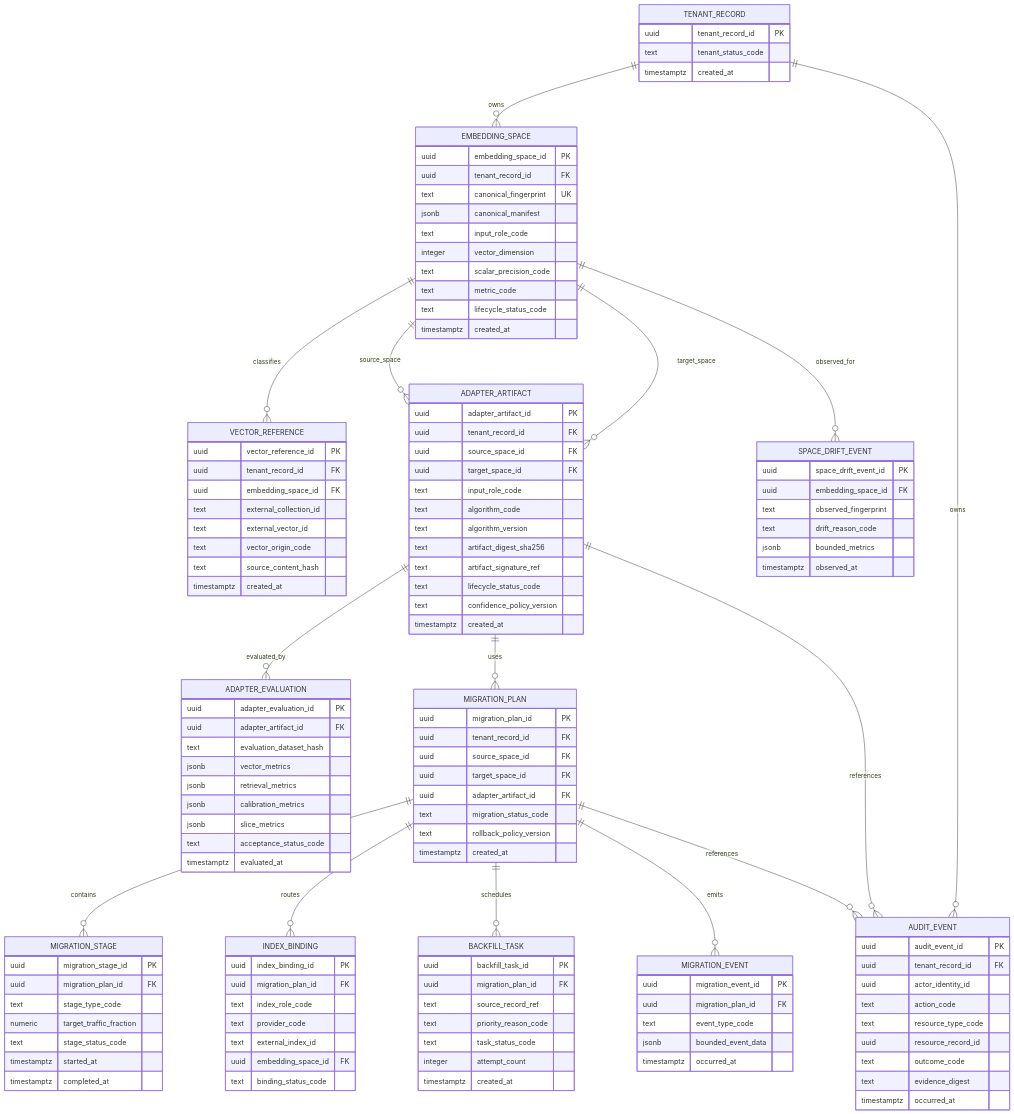
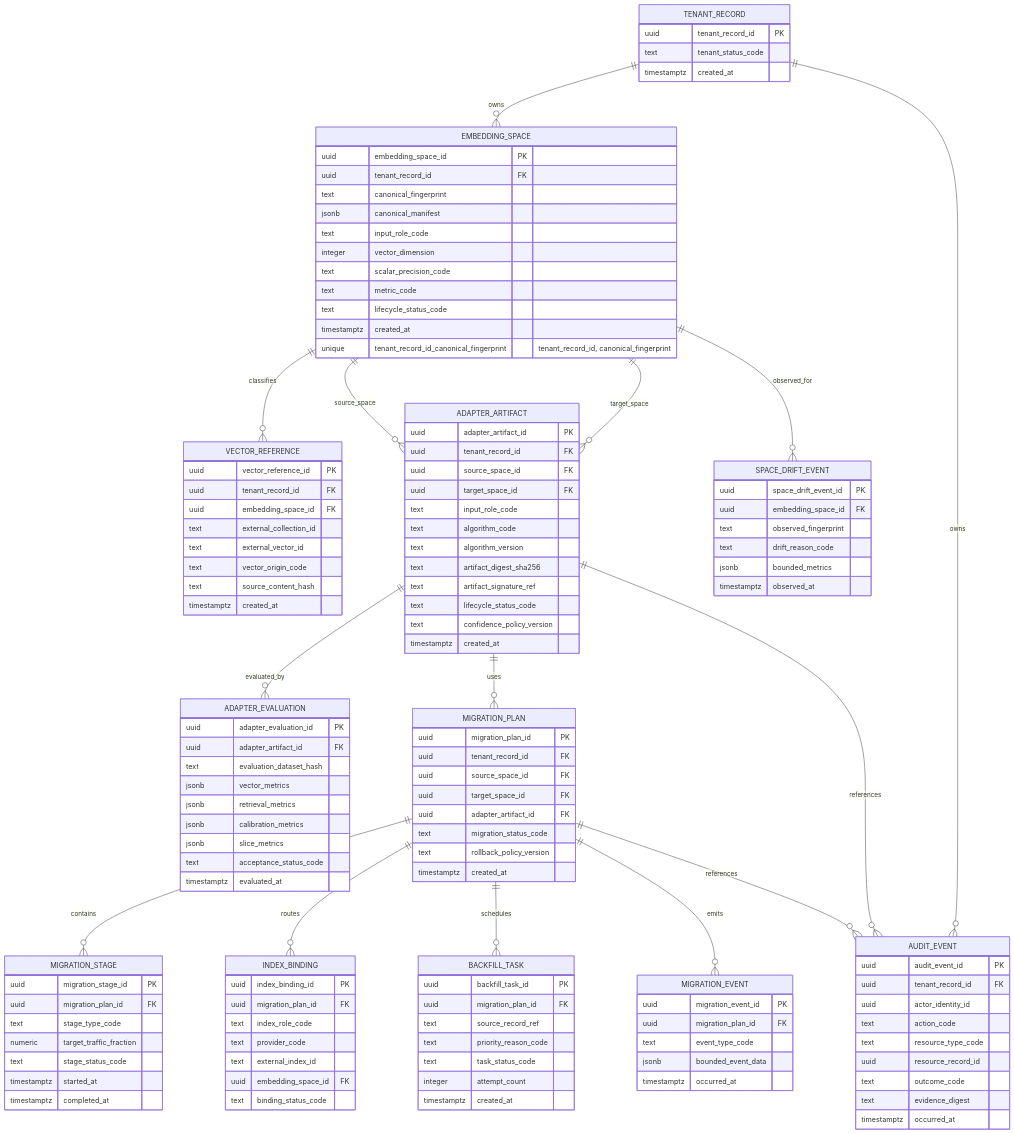
One commit to ContextualWisdomLab/EmbedRelay changed the second of 3 diagrams in docs/ERD.md. Above: the diagram before and after it, drawn with Mermaid. The commit also changed other lines of this file, not shown here.

Commit message:
docs(erd): scope fingerprint uniqueness to each tenant

```diff
--- a/docs/ERD.md
+++ b/docs/ERD.md
@@ -69,7 +69,7 @@
     EMBEDDING_SPACE {
       uuid embedding_space_id PK
       uuid tenant_record_id FK
-      text canonical_fingerprint UK
+      text canonical_fingerprint
       jsonb canonical_manifest
       text input_role_code
       integer vector_dimension
@@ -77,6 +77,7 @@
       text metric_code
       text lifecycle_status_code
       timestamptz created_at
+      unique tenant_record_id_canonical_fingerprint "tenant_record_id, canonical_fingerprint"
     }
 
     VECTOR_REFERENCE {
```
